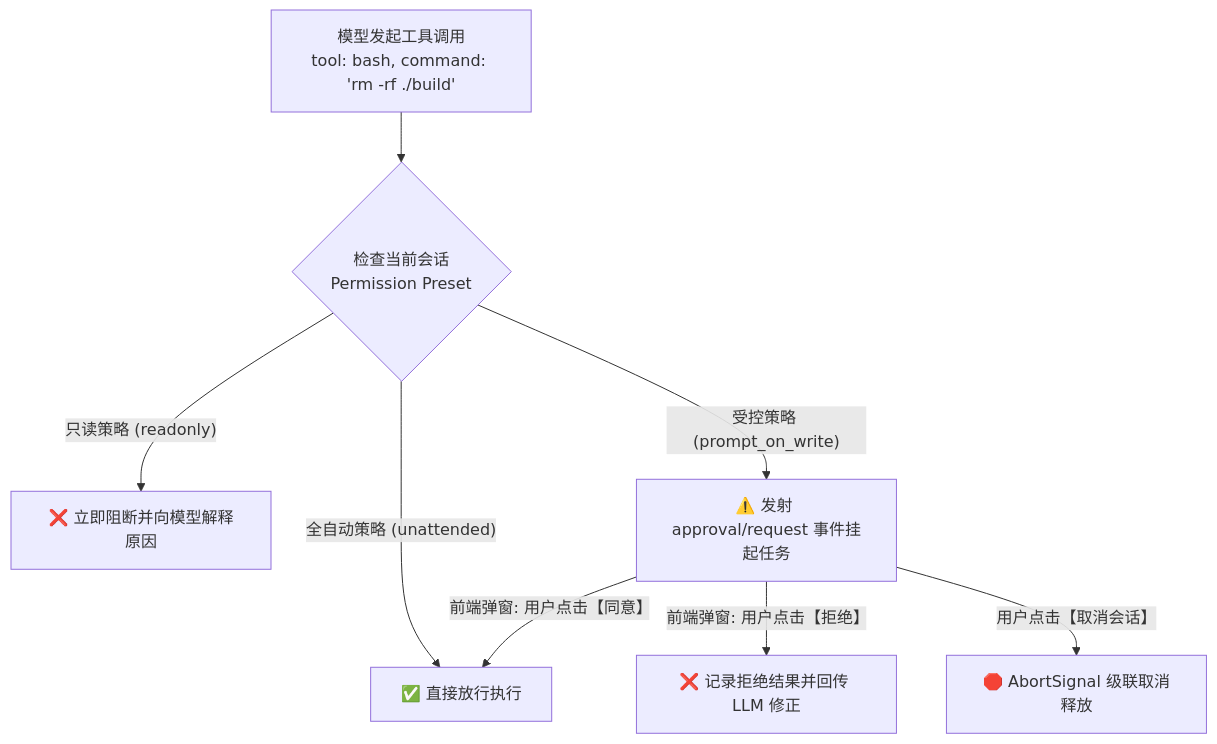
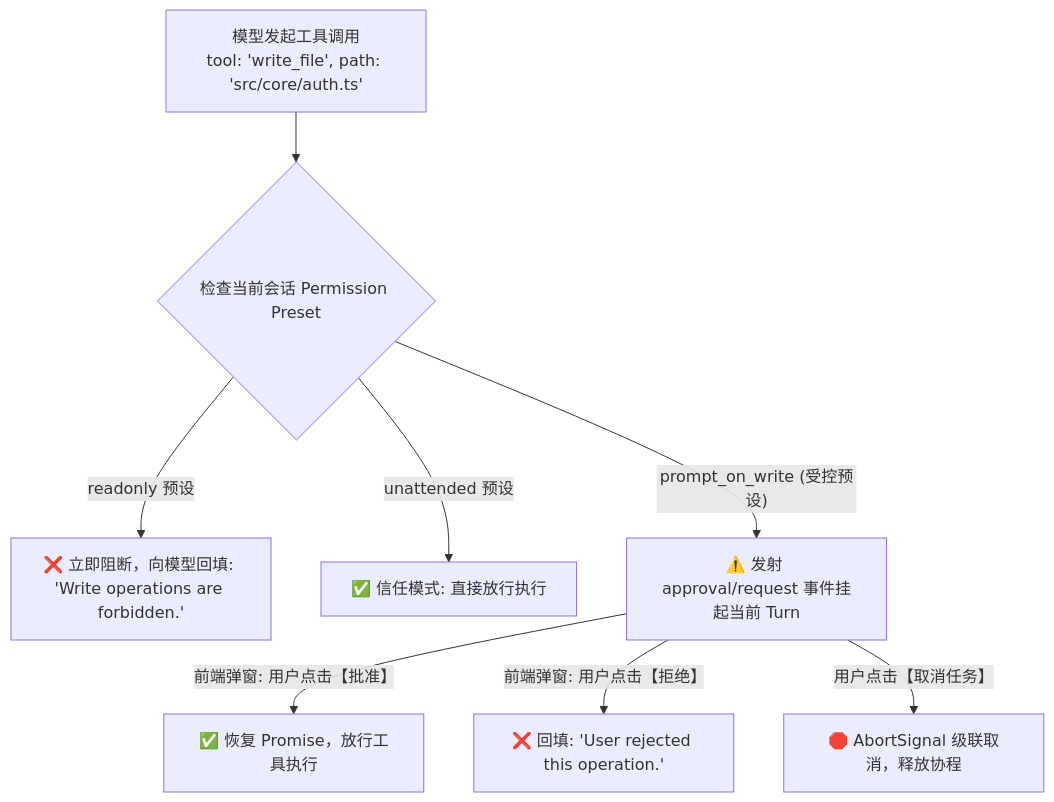
One commit to MoreConsequence/MoreConsequence.github.io changed the second of 2 diagrams in content/posts/dsh-04-capability-seams-and-sandbox.md. Above: the diagram before and after it, drawn with Mermaid. The commit also changed other lines of this file and 11 other files, not shown here.

````diff
--- a/content/posts/dsh-04-capability-seams-and-sandbox.md
+++ b/content/posts/dsh-04-capability-seams-and-sandbox.md
@@ -113,12 +117,12 @@
 ```mermaid
 flowchart TD
-    ToolCall["模型发起工具调用<br/>tool: bash, command: 'rm -rf ./build'"] --> CheckPolicy{"检查当前会话<br/>Permission Preset"}
+    ToolCall["模型发起工具调用<br/>tool: 'write_file', path: 'src/core/auth.ts'"] --> CheckPreset{"检查当前会话 Permission Preset"}
     
-    CheckPolicy -->|"只读策略 (readonly)"| Block["❌ 立即阻断并向模型解释原因"]
-    CheckPolicy -->|"全自动策略 (unattended)"| Exec["✅ 直接放行执行"]
-    CheckPolicy -->|"受控策略 (prompt_on_write)"| AskUser["⚠️ 发射 approval/request 事件挂起任务"]
+    CheckPreset -->|"readonly 预设"| Block["❌ 立即阻断，向模型回填: 'Write operations are forbidden.'"]
+    CheckPreset -->|"unattended 预设"| AutoExec["✅ 信任模式: 直接放行执行"]
+    CheckPreset -->|"prompt_on_write (受控预设)"| EmitApproval["⚠️ 发射 approval/request 事件挂起当前 Turn"]
     
-    AskUser -->|"前端弹窗: 用户点击【同意】"| Exec
-    AskUser -->|"前端弹窗: 用户点击【拒绝】"| Reject["❌ 记录拒绝结果并回传 LLM 修正"]
-    AskUser -->|"用户点击【取消会话】"| Abort["🛑 AbortSignal 级联取消释放"]
+    EmitApproval -->|"前端弹窗: 用户点击【批准】"| ResumeExec["✅ 恢复 Promise，放行工具执行"]
+    EmitApproval -->|"前端弹窗: 用户点击【拒绝】"| UserDeny["❌ 回填: 'User rejected this operation.'"]
+    EmitApproval -->|"用户点击【取消任务】"| CascadeAbort["🛑 AbortSignal 级联取消，释放协程"]
 ```
````
